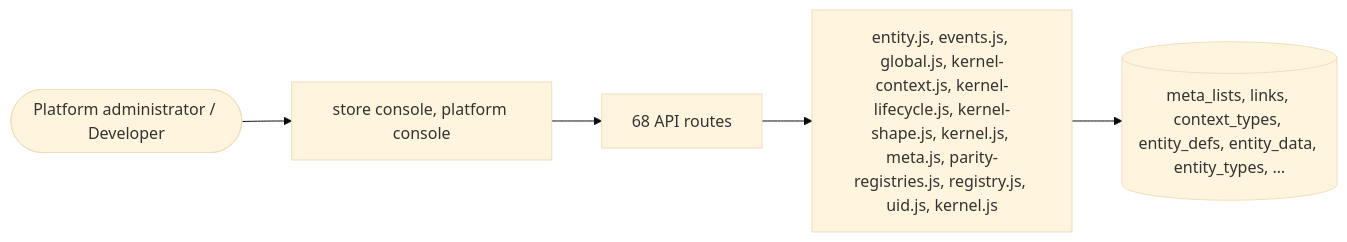
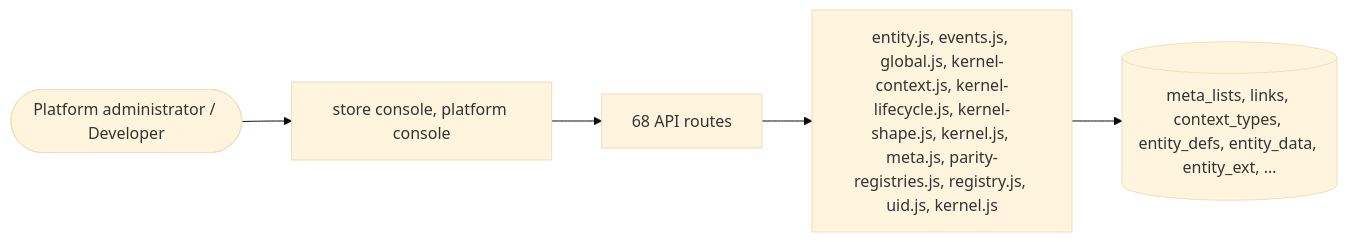
Before and after one commit to echelonxventures-Projects/universal-product: the diagram in docs/domains/kernel.md, drawn with Mermaid (base theme). The commit also changed other lines of this file and 12 other files, not shown here.

First line of the commit message:
feat(studio): role-based schema designer — types and fields from the Super Admin portal

````diff
--- a/docs/domains/kernel.md
+++ b/docs/domains/kernel.md
@@ -424,8 +434,8 @@
 ```mermaid
 flowchart LR
   U([Platform administrator / Developer]) --> UI[store console, platform console]
   UI --> API[68 API routes]
   API --> ENG[entity.js, events.js, global.js, kernel-context.js, kernel-lifecycle.js, kernel-shape.js, kernel.js, meta.js, parity-registries.js, registry.js, uid.js, kernel.js]
-  ENG --> DB[(meta_lists, links, context_types, entity_defs, entity_data, entity_types, …)]
+  ENG --> DB[(meta_lists, links, context_types, entity_defs, entity_data, entity_ext, …)]
 
 ```
````
